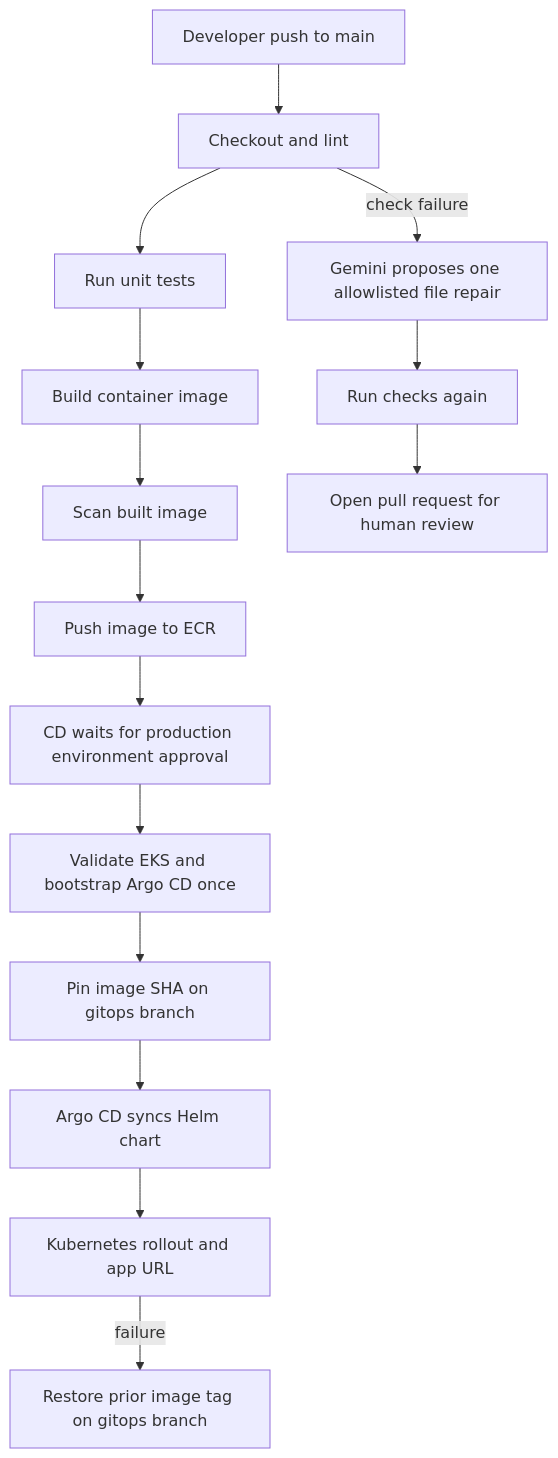
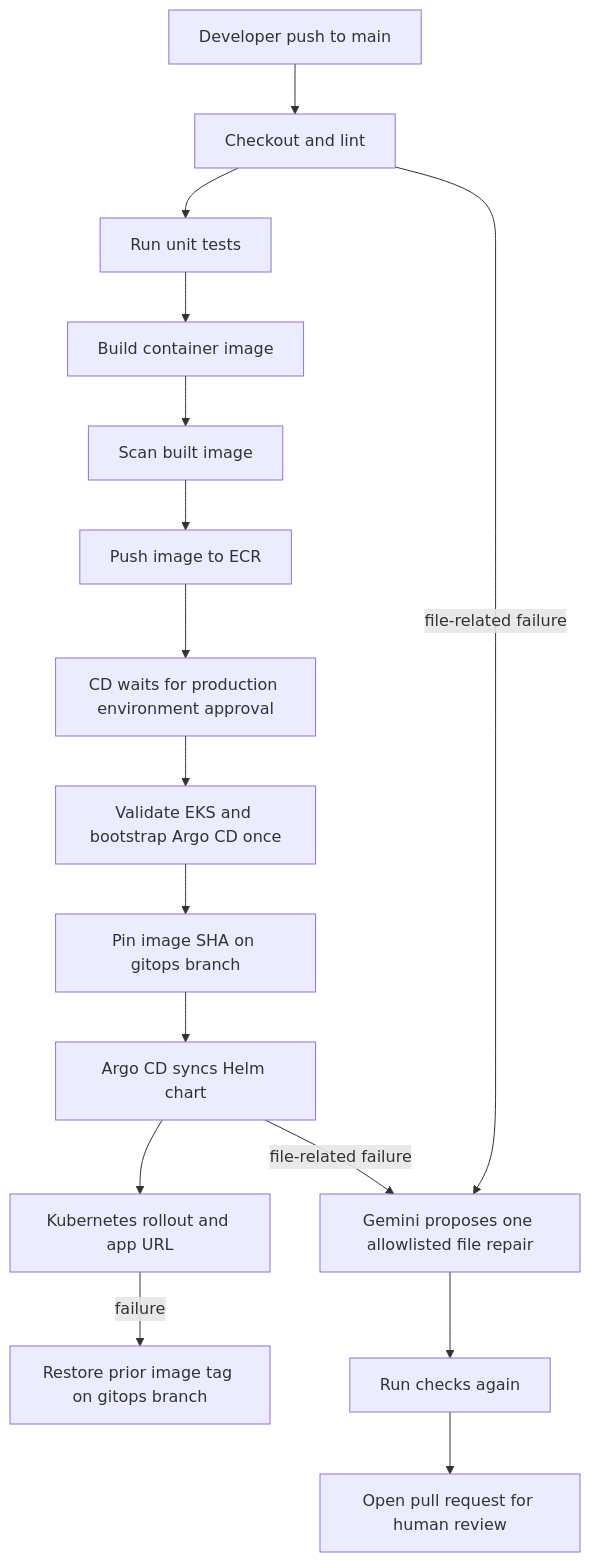
The diagram in README.md (suren00-77-99/Ai-kubernets), drawn with Mermaid before and after one commit. The commit also changed other lines of this file and 4 other files, not shown here.

````diff
--- a/README.md
+++ b/README.md
@@ -9,17 +9,18 @@
 ```mermaid
 flowchart TD
   A[Developer push to main] --> B[Checkout and lint]
   B --> C[Run unit tests]
   C --> D[Build container image]
   D --> E[Scan built image]
   E --> F[Push image to ECR]
   F --> G[CD waits for production environment approval]
   G --> H[Validate EKS and bootstrap Argo CD once]
   H --> I[Pin image SHA on gitops branch]
   I --> J[Argo CD syncs Helm chart]
   J --> K[Kubernetes rollout and app URL]
   K -->|failure| L[Restore prior image tag on gitops branch]
-  B -->|check failure| M[Gemini proposes one allowlisted file repair]
+  B -->|file-related failure| M[Gemini proposes one allowlisted file repair]
+  J -->|file-related failure| M
   M --> N[Run checks again]
   N --> O[Open pull request for human review]
 ```
````
